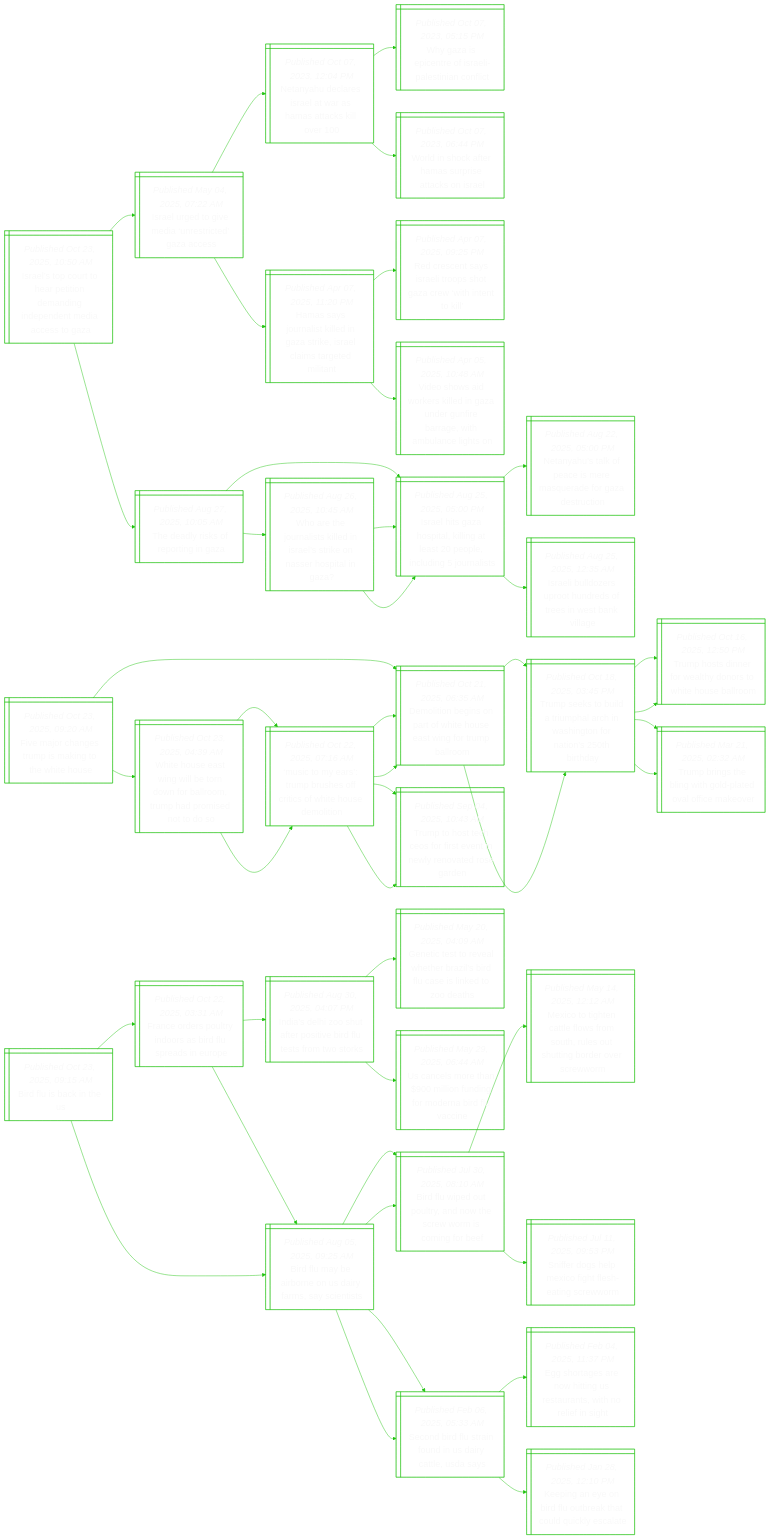
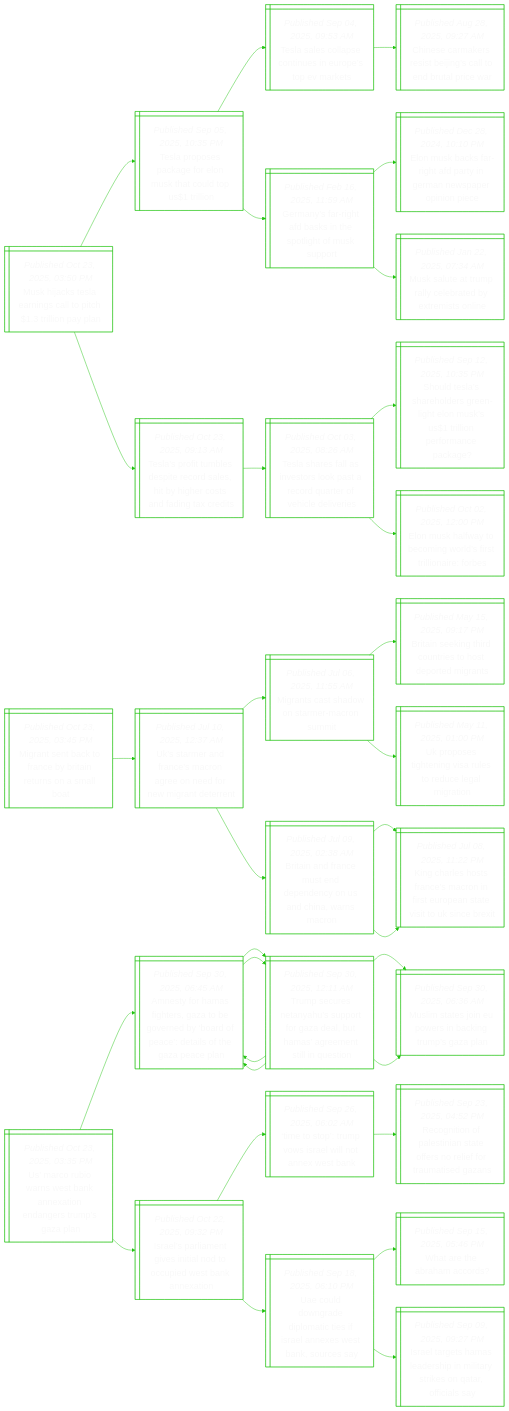
One commit to notJmes/notJmes changed the diagram in README.md. Above: the diagram before and after it, drawn with Mermaid. The commit also changed other lines of this file, not shown here.

````diff
--- a/README.md
+++ b/README.md
@@ -16,142 +16,106 @@
 flowchart LR
 classDef txtsize font-size:20px;
 
-Ilctrteiddecta@{ shape: win-pane, label: "_Published Oct 23, 2025, 10:50 AM_
-Israel’s top court to hear petition demanding independent media access to gaza" }
-Ildviecac@{ shape: win-pane, label: "_Published May 04, 2025, 07:22 AM_
-Israel urged to give media ‘unrestricted’ gaza access" }
-NyeeawHakl@{ shape: win-pane, label: "_Published Oct 07, 2023, 12:04 PM_
-Netanyahu declares israel at war as hamas attacks kill over 100" }
-WzptIleint@{ shape: win-pane, label: "_Published Oct 07, 2023, 05:15 PM_
-Why gaza is epicentre of israeli-palestinian conflict" }
-Wiceapaks@{ shape: win-pane, label: "_Published Oct 07, 2023, 06:44 PM_
-World in shock after hamas surprise attacks on israel" }
-Hsoliiakaaaei@{ shape: win-pane, label: "_Published Apr 07, 2025, 11:20 PM_
-Hamas says journalist killed in gaza strike, israel claims targeted militant" }
-RetIlooawntl@{ shape: win-pane, label: "_Published Apr 07, 2025, 09:25 PM_
-Red crescent says israeli troops shot gaza crew ‘with intent to kill’" }
-Vsarkdzefaeaaio@{ shape: win-pane, label: "_Published Apr 05, 2025, 10:48 AM_
-Video shows aid workers killed in gaza under gunfire barrage, with ambulance lights on" }
-Taifria@{ shape: win-pane, label: "_Published Aug 27, 2025, 10:05 AM_
-The deadly risks of reporting in gaza" }
-IlGoalttllgnt@{ shape: win-pane, label: "_Published Aug 25, 2025, 05:00 PM_
-Israel hits gaza hospital, killing at least 20 people, including 5 journalists" }
-NytferqdGec@{ shape: win-pane, label: "_Published Aug 22, 2025, 05:00 PM_
-Netanyahu’s talk of peace is mere masquerade for gaza destruction" }
-IllronseWal@{ shape: win-pane, label: "_Published Aug 25, 2025, 12:35 AM_
-Israeli bulldozers uproot hundreds of trees in west bank village" }
-Weolkdrsesoaa@{ shape: win-pane, label: "_Published Aug 26, 2025, 10:45 AM_
-Who are the journalists killed in israel’s strike on nasser hospital in gaza?" }
-IlGoalttllgnt@{ shape: win-pane, label: "_Published Aug 25, 2025, 05:00 PM_
-Israel hits gaza hospital, killing at least 20 people, including 5 journalists" }
-IlGoalttllgnt@{ shape: win-pane, label: "_Published Aug 25, 2025, 05:00 PM_
-Israel hits gaza hospital, killing at least 20 people, including 5 journalists" }
+Misaiaptiy@{ shape: win-pane, label: "_Published Oct 23, 2025, 03:50 PM_
+Musk hijacks tesla earnings call to pitch $1.3 trillion pay plan" }
+Tpscfokctti@{ shape: win-pane, label: "_Published Sep 05, 2025, 10:35 PM_
+Tesla proposes package for elon musk that could top us$1 trillion" }
+TscpneusVe@{ shape: win-pane, label: "_Published Sep 04, 2025, 09:53 AM_
+Tesla sales collapse continues in europe’s top ev markets" }
+Csmssjcorpw@{ shape: win-pane, label: "_Published Aug 28, 2025, 09:27 AM_
+Chinese carmakers resist beijing’s call to end brutal price war" }
+GnrtanpgMut@{ shape: win-pane, label: "_Published Feb 16, 2025, 11:59 AM_
+Germany’s far-right afd basks in the spotlight of musk support" }
+Eucrtanasrie@{ shape: win-pane, label: "_Published Dec 28, 2024, 10:10 PM_
+Elon musk backs far-right afd party in german newspaper opinion piece" }
+Maamleexin@{ shape: win-pane, label: "_Published Jan 22, 2025, 07:34 AM_
+Musk salute at trump rally celebrated by extremists online" }
+Tsibeerebhsdnct@{ shape: win-pane, label: "_Published Oct 23, 2025, 09:13 AM_
+Tesla’s profit tumbles despite record sales, hit by higher costs and fading tax credits" }
+Tssaesprdtvlie@{ shape: win-pane, label: "_Published Oct 03, 2025, 08:26 AM_
+Tesla shares fall as investors look past a record quarter of vehicle deliveries" }
+Sdardrilstiraae@{ shape: win-pane, label: "_Published Sep 12, 2025, 10:35 PM_
+Should tesla’s shareholders green-light elon musk’s us$1 trillion performance package?" }
+Eultowstlir@{ shape: win-pane, label: "_Published Oct 02, 2025, 12:00 PM_
+Elon musk halfway to becoming world’s first trillionaire: forbes" }
 
-Ilctrteiddecta:::txtsize --> Ildviecac:::txtsize
-Ildviecac:::txtsize --> NyeeawHakl:::txtsize
-NyeeawHakl:::txtsize --> WzptIleint:::txtsize
-NyeeawHakl:::txtsize --> Wiceapaks:::txtsize
-Ildviecac:::txtsize --> Hsoliiakaaaei:::txtsize
-Hsoliiakaaaei:::txtsize --> RetIlooawntl:::txtsize
-Hsoliiakaaaei:::txtsize --> Vsarkdzefaeaaio:::txtsize
-Ilctrteiddecta:::txtsize --> Taifria:::txtsize
-Taifria:::txtsize --> IlGoalttllgnt:::txtsize
-IlGoalttllgnt:::txtsize --> NytferqdGec:::txtsize
-IlGoalttllgnt:::txtsize --> IllronseWal:::txtsize
-Taifria:::txtsize --> Weolkdrsesoaa:::txtsize
-Weolkdrsesoaa:::txtsize --> IlGoalttllgnt:::txtsize
-Weolkdrsesoaa:::txtsize --> IlGoalttllgnt:::txtsize
+Misaiaptiy:::txtsize --> Tpscfokctti:::txtsize
+Tpscfokctti:::txtsize --> TscpneusVe:::txtsize
+TscpneusVe:::txtsize --> Csmssjcorpw:::txtsize
+Tpscfokctti:::txtsize --> GnrtanpgMut:::txtsize
+GnrtanpgMut:::txtsize --> Eucrtanasrie:::txtsize
+GnrtanpgMut:::txtsize --> Maamleexin:::txtsize
+Misaiaptiy:::txtsize --> Tsibeerebhsdnct:::txtsize
+Tsibeerebhsdnct:::txtsize --> Tssaesprdtvlie:::txtsize
+Tssaesprdtvlie:::txtsize --> Sdardrilstiraae:::txtsize
+Tssaesprdtvlie:::txtsize --> Eultowstlir:::txtsize
 
-Fahspkoho@{ shape: win-pane, label: "_Published Oct 23, 2025, 09:20 AM_
-Five major changes trump is making to the white house" }
-DibsrhoanTbo@{ shape: win-pane, label: "_Published Oct 21, 2025, 06:35 AM_
-Demolition begins on part of white house east wing for trump ballroom" }
-Tstliahstrobd@{ shape: win-pane, label: "_Published Oct 18, 2025, 03:45 PM_
-Trump seeks to build a triumphal arch in washington for nation’s 250th birthday" }
-Thdreyrhoao@{ shape: win-pane, label: "_Published Oct 16, 2025, 12:50 PM_
-Trump hosts dinner for wealthy donors to white house ballroom" }
-Tbsliltaikr@{ shape: win-pane, label: "_Published Mar 21, 2025, 02:32 AM_
-Trump brings the bling with gold-plated oval office makeover" }
-Tstliahstrobd@{ shape: win-pane, label: "_Published Oct 18, 2025, 03:45 PM_
-Trump seeks to build a triumphal arch in washington for nation’s 250th birthday" }
-Thdreyrhoao@{ shape: win-pane, label: "_Published Oct 16, 2025, 12:50 PM_
-Trump hosts dinner for wealthy donors to white house ballroom" }
-Tbsliltaikr@{ shape: win-pane, label: "_Published Mar 21, 2025, 02:32 AM_
-Trump brings the bling with gold-plated oval office makeover" }
-WHEilowboudioo@{ shape: win-pane, label: "_Published Oct 23, 2025, 04:39 AM_
-White house east wing will be torn down for ballroom, trump had promised not to do so" }
-Mtauuoiotsoo@{ shape: win-pane, label: "_Published Oct 22, 2025, 07:16 AM_
-‘music to my ears’: trump brushes off critics of white house demolition" }
-DibsrhoanTbo@{ shape: win-pane, label: "_Published Oct 21, 2025, 06:35 AM_
-Demolition begins on part of white house east wing for trump ballroom" }
-TttCosneetsd@{ shape: win-pane, label: "_Published Sep 04, 2025, 10:43 AM_
-Trump to host tech ceos for first event in newly renovated rose garden" }
-Mtauuoiotsoo@{ shape: win-pane, label: "_Published Oct 22, 2025, 07:16 AM_
-‘music to my ears’: trump brushes off critics of white house demolition" }
-DibsrhoanTbo@{ shape: win-pane, label: "_Published Oct 21, 2025, 06:35 AM_
-Demolition begins on part of white house east wing for trump ballroom" }
-TttCosneetsd@{ shape: win-pane, label: "_Published Sep 04, 2025, 10:43 AM_
-Trump to host tech ceos for first event in newly renovated rose garden" }
+MnttnBiunlt@{ shape: win-pane, label: "_Published Oct 23, 2025, 03:45 PM_
+Migrant sent back to france by britain returns on a small boat" }
+UaaaMneengdr@{ shape: win-pane, label: "_Published Jul 10, 2025, 12:37 AM_
+Uk’s starmer and france’s macron agree on need for new migrant deterrent" }
+MnsdSerm@{ shape: win-pane, label: "_Published Jul 06, 2025, 11:55 AM_
+Migrants cast shadow on starmer-macron summit" }
+Bikhoiheer@{ shape: win-pane, label: "_Published May 15, 2025, 09:17 PM_
+Britain seeking third countries to host deported migrants" }
+Uptevuocarn@{ shape: win-pane, label: "_Published May 11, 2025, 01:00 PM_
+Uk proposes tightening visa rules to reduce legal migration" }
+BiFeepnUCwMn@{ shape: win-pane, label: "_Published Jul 09, 2025, 02:38 AM_
+Britain and france must end dependency on us and china, warns macron" }
+Khssccntptione@{ shape: win-pane, label: "_Published Jul 08, 2025, 11:22 PM_
+King charles hosts france’s macron in first european state visit to uk since brexit" }
+Khssccntptione@{ shape: win-pane, label: "_Published Jul 08, 2025, 11:22 PM_
+King charles hosts france’s macron in first european state visit to uk since brexit" }
 
-Fahspkoho:::txtsize --> DibsrhoanTbo:::txtsize
-DibsrhoanTbo:::txtsize --> Tstliahstrobd:::txtsize
-Tstliahstrobd:::txtsize --> Thdreyrhoao:::txtsize
-Tstliahstrobd:::txtsize --> Tbsliltaikr:::txtsize
-DibsrhoanTbo:::txtsize --> Tstliahstrobd:::txtsize
-Tstliahstrobd:::txtsize --> Thdreyrhoao:::txtsize
-Tstliahstrobd:::txtsize --> Tbsliltaikr:::txtsize
-Fahspkoho:::txtsize --> WHEilowboudioo:::txtsize
-WHEilowboudioo:::txtsize --> Mtauuoiotsoo:::txtsize
-Mtauuoiotsoo:::txtsize --> DibsrhoanTbo:::txtsize
-Mtauuoiotsoo:::txtsize --> TttCosneetsd:::txtsize
-WHEilowboudioo:::txtsize --> Mtauuoiotsoo:::txtsize
-Mtauuoiotsoo:::txtsize --> DibsrhoanTbo:::txtsize
-Mtauuoiotsoo:::txtsize --> TttCosneetsd:::txtsize
+MnttnBiunlt:::txtsize --> UaaaMneengdr:::txtsize
+UaaaMneengdr:::txtsize --> MnsdSerm:::txtsize
+MnsdSerm:::txtsize --> Bikhoiheer:::txtsize
+MnsdSerm:::txtsize --> Uptevuocarn:::txtsize
+UaaaMneengdr:::txtsize --> BiFeepnUCwMn:::txtsize
+BiFeepnUCwMn:::txtsize --> Khssccntptione:::txtsize
+BiFeepnUCwMn:::txtsize --> Khssccntptione:::txtsize
 
-Blat@{ shape: win-pane, label: "_Published Oct 23, 2025, 09:15 AM_
-Bird flu is back in the us" }
-Ferlnsrsdu@{ shape: win-pane, label: "_Published Oct 22, 2025, 03:31 AM_
-France orders poultry indoors as bird flu spreads in europe" }
-Isihtsefsoss@{ shape: win-pane, label: "_Published Aug 30, 2025, 04:07 PM_
-India’s delhi zoo shut after positive bird flu tests from two storks" }
-Gitvhrircseot@{ shape: win-pane, label: "_Published May 20, 2025, 04:09 AM_
-Genetic test to reveal whether brazil’s bird flu case is linked to zoo deaths" }
-Ucoalugoafc@{ shape: win-pane, label: "_Published May 29, 2025, 06:44 AM_
-Us cancels more than $900 million funding for moderna bird flu vaccine" }
-Blbboaaaet@{ shape: win-pane, label: "_Published Aug 05, 2025, 09:25 AM_
-Bird flu may be airborne on us dairy farms, say scientists" }
-Bleprnewiir@{ shape: win-pane, label: "_Published Jul 30, 2025, 08:10 AM_
-Bird flu wiped out poultry, and now the screw worm is coming for beef" }
-SdfronitSy@{ shape: win-pane, label: "_Published Feb 06, 2025, 05:33 AM_
-Second bird flu strain found in us dairy cattle, usda says" }
-Blbboaaaet@{ shape: win-pane, label: "_Published Aug 05, 2025, 09:25 AM_
-Bird flu may be airborne on us dairy farms, say scientists" }
-Bleprnewiir@{ shape: win-pane, label: "_Published Jul 30, 2025, 08:10 AM_
-Bird flu wiped out poultry, and now the screw worm is coming for beef" }
-Mogcessrougerw@{ shape: win-pane, label: "_Published May 14, 2025, 12:12 AM_
-Mexico to tighten cattle flows from south, rules out shutting border over screwworm" }
-SesMothnem@{ shape: win-pane, label: "_Published Jul 11, 2025, 09:53 PM_
-Sniffer dogs help mexico fight flesh-eating screwworm" }
-SdfronitSy@{ shape: win-pane, label: "_Published Feb 06, 2025, 05:33 AM_
-Second bird flu strain found in us dairy cattle, usda says" }
-EoentUtnteih@{ shape: win-pane, label: "_Published Feb 04, 2025, 11:37 PM_
-Egg shortages are now hitting us restaurants, with no relief in sight" }
-Knyiurhuiea@{ shape: win-pane, label: "_Published Jan 28, 2025, 12:10 PM_
-Keeping an eye on bird flu outbreak that could quickly escalate" }
+UcintaaegrGl@{ shape: win-pane, label: "_Published Oct 23, 2025, 03:35 PM_
+Us’ marco rubio warns west bank annexation endangers trump’s gaza plan" }
+AtHfezerydatoGel@{ shape: win-pane, label: "_Published Sep 30, 2025, 06:45 AM_
+Amnesty for hamas fighters, gaza to be governed by ‘board of peace’: details of the gaza peace plan" }
+Tseaupoabmrnluo@{ shape: win-pane, label: "_Published Sep 30, 2025, 12:11 AM_
+Trump secures netanyahu’s support for gaza deal, but hamas’ agreement still in question" }
+AtHfezerydatoGel@{ shape: win-pane, label: "_Published Sep 30, 2025, 06:45 AM_
+Amnesty for hamas fighters, gaza to be governed by ‘board of peace’: details of the gaza peace plan" }
+Mmenwniuaa@{ shape: win-pane, label: "_Published Sep 30, 2025, 06:36 AM_
+Muslim states join eu powers in backing trump’s gaza plan" }
+Tseaupoabmrnluo@{ shape: win-pane, label: "_Published Sep 30, 2025, 12:11 AM_
+Trump secures netanyahu’s support for gaza deal, but hamas’ agreement still in question" }
+AtHfezerydatoGel@{ shape: win-pane, label: "_Published Sep 30, 2025, 06:45 AM_
+Amnesty for hamas fighters, gaza to be governed by ‘board of peace’: details of the gaza peace plan" }
+Mmenwniuaa@{ shape: win-pane, label: "_Published Sep 30, 2025, 06:36 AM_
+Muslim states join eu powers in backing trump’s gaza plan" }
+Illnetocetaa@{ shape: win-pane, label: "_Published Oct 22, 2025, 09:32 PM_
+Israel’s parliament gives initial nod to occupied west bank annexation" }
+ToTvswoet@{ shape: win-pane, label: "_Published Sep 26, 2025, 06:02 AM_
+‘time to stop’: trump vows israel will not annex west bank" }
+Rnnlntfnirmea@{ shape: win-pane, label: "_Published Sep 23, 2025, 04:52 PM_
+Recognition of palestinian state offers no relief for traumatised gazans" }
+UuwdlisrnsBos@{ shape: win-pane, label: "_Published Sep 18, 2025, 06:10 PM_
+Uae could downgrade diplomatic ties if israel annexes west bank, sources say" }
+WrAao@{ shape: win-pane, label: "_Published Sep 15, 2025, 05:46 PM_
+What are the abraham accords?" }
+Ilemahmaroais@{ shape: win-pane, label: "_Published Sep 09, 2025, 09:27 PM_
+Israel targets hamas leadership in military strikes on qatar, officials say" }
 
-Blat:::txtsize --> Ferlnsrsdu:::txtsize
-Ferlnsrsdu:::txtsize --> Isihtsefsoss:::txtsize
-Isihtsefsoss:::txtsize --> Gitvhrircseot:::txtsize
-Isihtsefsoss:::txtsize --> Ucoalugoafc:::txtsize
-Ferlnsrsdu:::txtsize --> Blbboaaaet:::txtsize
-Blbboaaaet:::txtsize --> Bleprnewiir:::txtsize
-Blbboaaaet:::txtsize --> SdfronitSy:::txtsize
-Blat:::txtsize --> Blbboaaaet:::txtsize
-Blbboaaaet:::txtsize --> Bleprnewiir:::txtsize
-Bleprnewiir:::txtsize --> Mogcessrougerw:::txtsize
-Bleprnewiir:::txtsize --> SesMothnem:::txtsize
-Blbboaaaet:::txtsize --> SdfronitSy:::txtsize
-SdfronitSy:::txtsize --> EoentUtnteih:::txtsize
-SdfronitSy:::txtsize --> Knyiurhuiea:::txtsize
+UcintaaegrGl:::txtsize --> AtHfezerydatoGel:::txtsize
+AtHfezerydatoGel:::txtsize --> Tseaupoabmrnluo:::txtsize
+Tseaupoabmrnluo:::txtsize --> AtHfezerydatoGel:::txtsize
+Tseaupoabmrnluo:::txtsize --> Mmenwniuaa:::txtsize
+AtHfezerydatoGel:::txtsize --> Tseaupoabmrnluo:::txtsize
+Tseaupoabmrnluo:::txtsize --> AtHfezerydatoGel:::txtsize
+Tseaupoabmrnluo:::txtsize --> Mmenwniuaa:::txtsize
+UcintaaegrGl:::txtsize --> Illnetocetaa:::txtsize
+Illnetocetaa:::txtsize --> ToTvswoet:::txtsize
+ToTvswoet:::txtsize --> Rnnlntfnirmea:::txtsize
+Illnetocetaa:::txtsize --> UuwdlisrnsBos:::txtsize
+UuwdlisrnsBos:::txtsize --> WrAao:::txtsize
+UuwdlisrnsBos:::txtsize --> Ilemahmaroais:::txtsize
 
 ```
````
